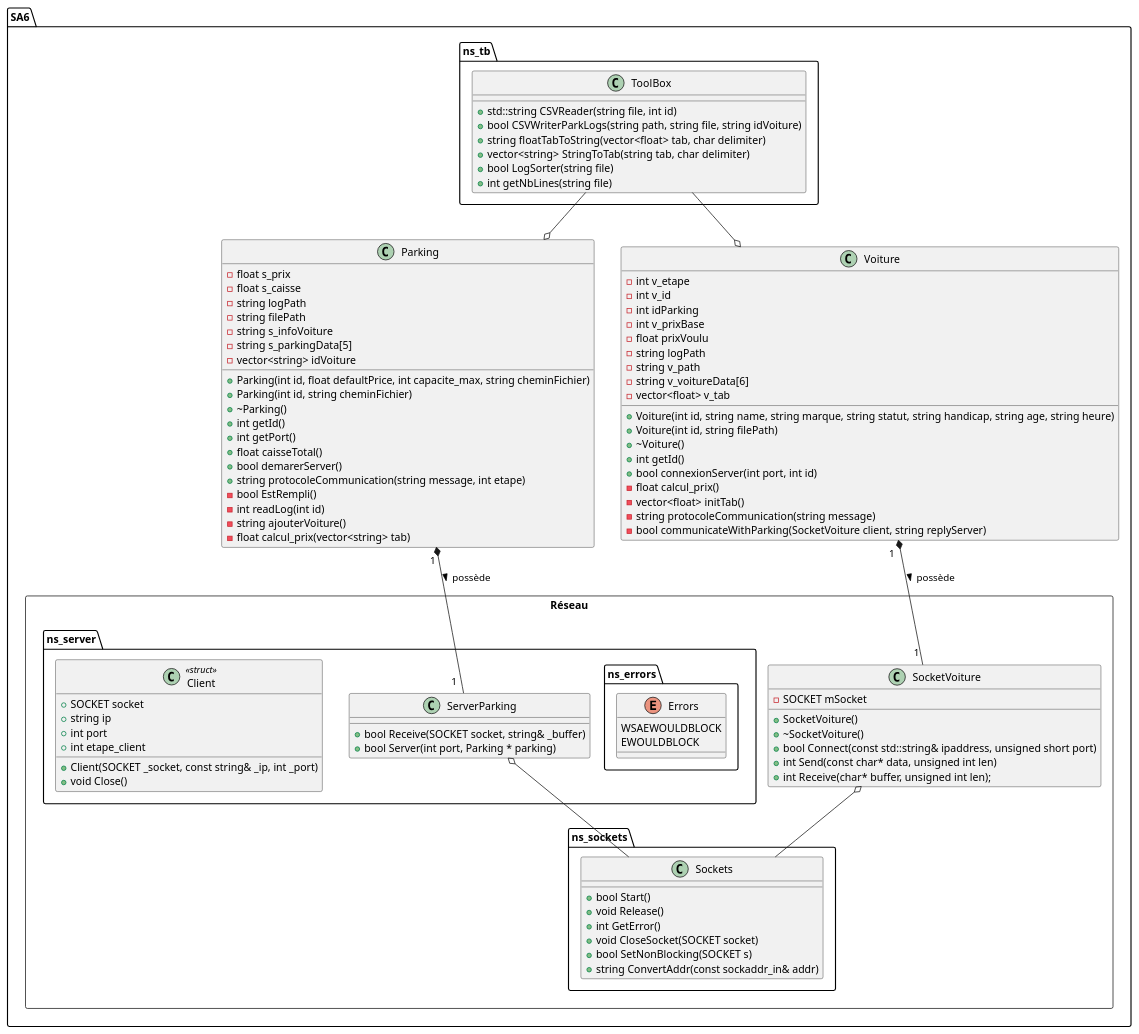
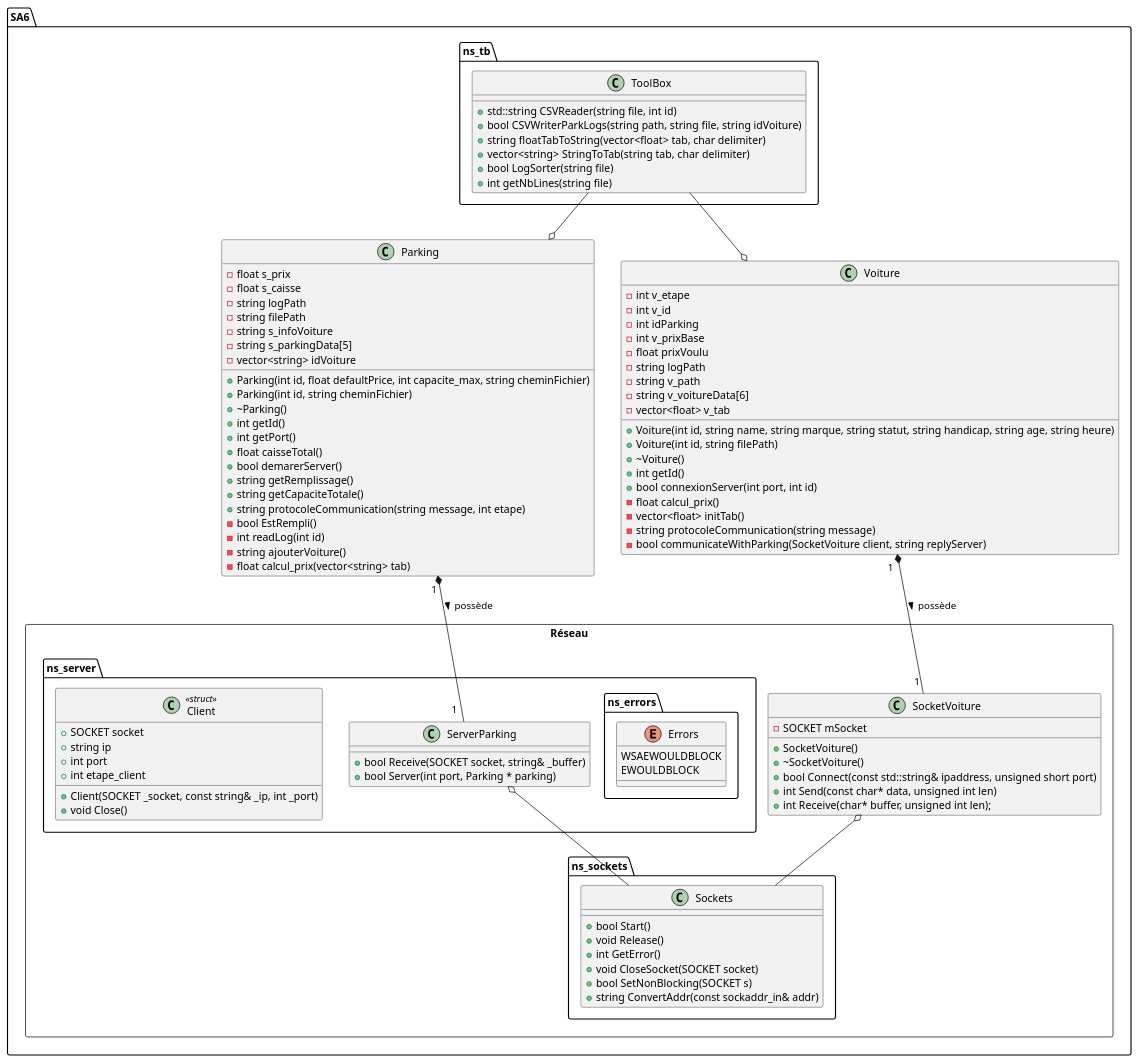
One commit to KevinFroissart/SA6_CarPark_AI changed the diagram in SA6/doc/uml.plantuml. Above: the diagram before and after it, drawn with PlantUML. The commit also changed 18 other files, not shown here.

```diff
--- a/SA6/doc/uml.plantuml
+++ b/SA6/doc/uml.plantuml
@@ -1,122 +1,124 @@
 @startuml SA6_uml
 
 package SA6 {
 
     package ns_tb {
         class ToolBox {
             + std::string CSVReader(string file, int id)
             + bool CSVWriterParkLogs(string path, string file, string idVoiture)
             + string floatTabToString(vector<float> tab, char delimiter)
             + vector<string> StringToTab(string tab, char delimiter)
             + bool LogSorter(string file)
             + int getNbLines(string file)
         }
     }
     
     class Parking {
         - float s_prix
         - float s_caisse
         - string logPath
         - string filePath
         - string s_infoVoiture
         - string s_parkingData[5]
         - vector<string> idVoiture
 
         + Parking(int id, float defaultPrice, int capacite_max, string cheminFichier)
         + Parking(int id, string cheminFichier)
         + ~Parking()
         + int getId()
         + int getPort()
         + float caisseTotal()
         + bool demarerServer()
+        + string getRemplissage()
+        + string getCapaciteTotale()
         + string protocoleCommunication(string message, int etape)
         - bool EstRempli()
         - int readLog(int id)
         - string ajouterVoiture()
         - float calcul_prix(vector<string> tab)
     }
 
     Class Voiture {
         - int v_etape
         - int v_id
         - int idParking
         - int v_prixBase
         - float prixVoulu
         - string logPath
         - string v_path
         - string v_voitureData[6]
         - vector<float> v_tab
 
         + Voiture(int id, string name, string marque, string statut, string handicap, string age, string heure)
         + Voiture(int id, string filePath)
         + ~Voiture()
         + int getId()
         + bool connexionServer(int port, int id)
         - float calcul_prix()
         - vector<float> initTab()
         - string protocoleCommunication(string message)
         - bool communicateWithParking(SocketVoiture client, string replyServer)
     }
 
     package Réseau <<Rectangle>> {
 
         package ns_server {
             Class ServerParking {
                 + bool Receive(SOCKET socket, string& _buffer)
                 + bool Server(int port, Parking * parking)
             }
 
             package ns_errors {
                 enum Errors {
                     WSAEWOULDBLOCK
                     EWOULDBLOCK
                 }
             }
 
             Class Client << struct >> {
                 + SOCKET socket
 	            + string ip
 	            + int port
 	            + int etape_client
 
 	            + Client(SOCKET _socket, const string& _ip, int _port)
                 + void Close()
             }
         }
 
         Class SocketVoiture {
             - SOCKET mSocket
 
             + SocketVoiture()
             + ~SocketVoiture()
             + bool Connect(const std::string& ipaddress, unsigned short port)
             + int Send(const char* data, unsigned int len)
             + int Receive(char* buffer, unsigned int len);	
         }
 
         package ns_sockets{
 
             Class Sockets {
 
                 + bool Start()
                 + void Release()
                 + int GetError()
                 + void CloseSocket(SOCKET socket)
                 + bool SetNonBlocking(SOCKET s)
                 + string ConvertAddr(const sockaddr_in& addr)    
             }
         }
     }
 }
 
 ToolBox --o Voiture
 ToolBox --o Parking
 
 Parking "1 " *-- "1  " ServerParking : > possède
 Voiture "1  " *-- "1 " SocketVoiture : possède >
 
 SocketVoiture o-- Sockets
 ServerParking o-- Sockets
 
 
 @enduml
```
